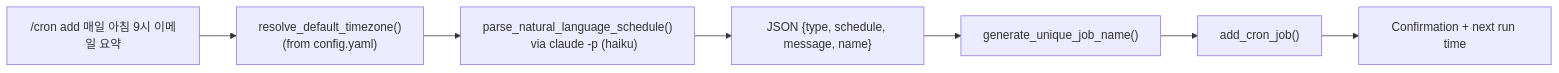
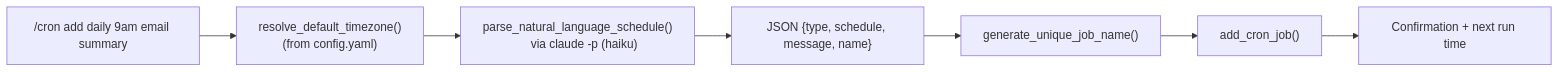
The eighth of 10 diagrams in docs/ARCHITECTURE.md (heg-wtf/abyss), drawn with Mermaid before and after one commit. The commit also changed other lines of this file and 1 other file, not shown here.

````diff
--- a/docs/ARCHITECTURE.md
+++ b/docs/ARCHITECTURE.md
@@ -527,11 +526,11 @@
 ```mermaid
 graph LR
-    INPUT["/cron add 매일 아침 9시 이메일 요약"] --> TZ["resolve_default_timezone()
+    INPUT["/cron add daily 9am email summary"] --> TZ["resolve_default_timezone()
     (from config.yaml)"]
     TZ --> PARSE["parse_natural_language_schedule()
     via claude -p (haiku)"]
     PARSE --> JSON["JSON {type, schedule, message, name}"]
     JSON --> NAME["generate_unique_job_name()"]
     NAME --> ADD["add_cron_job()"]
     ADD --> REPLY[Confirmation + next run time]
 ```
````
